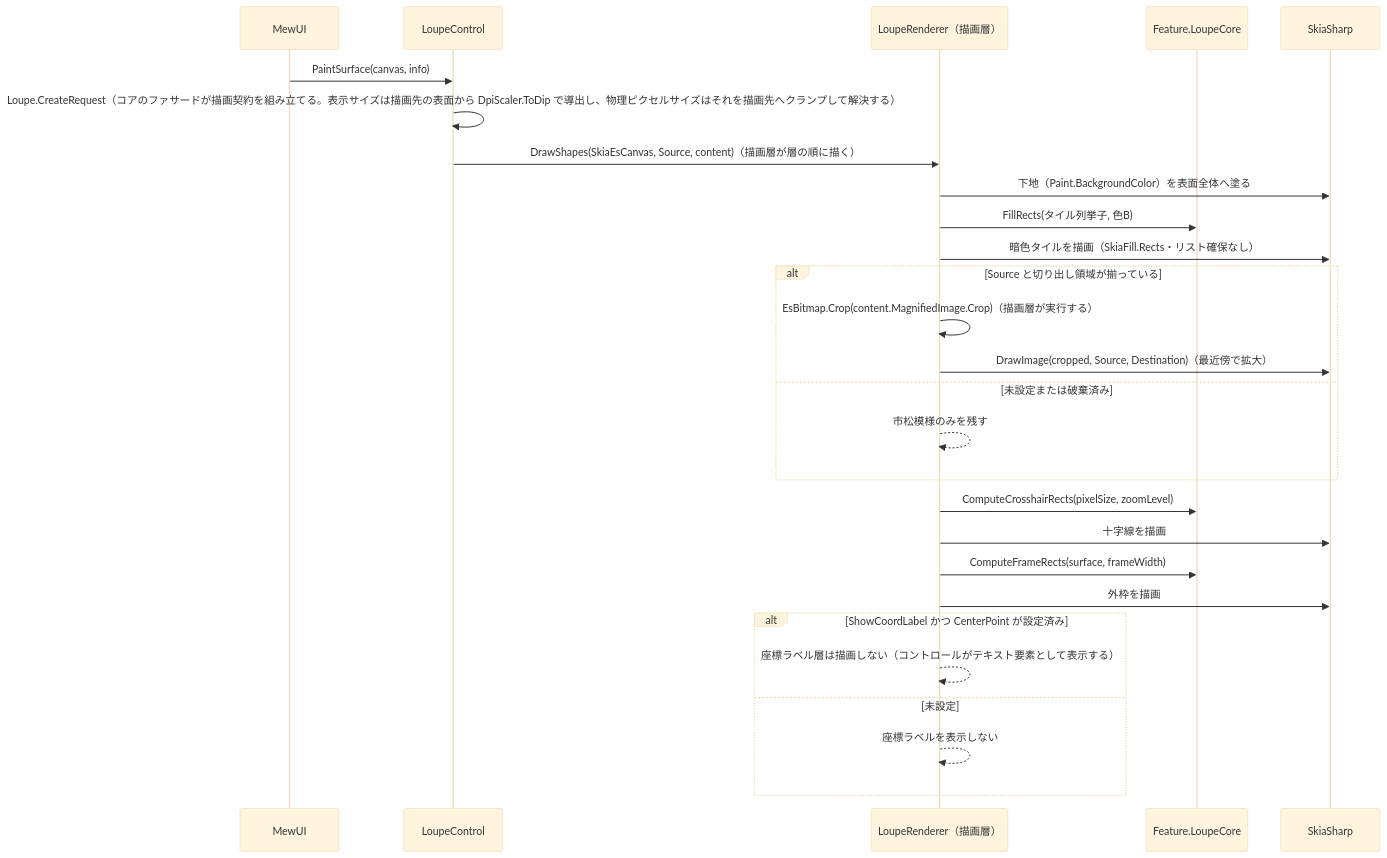
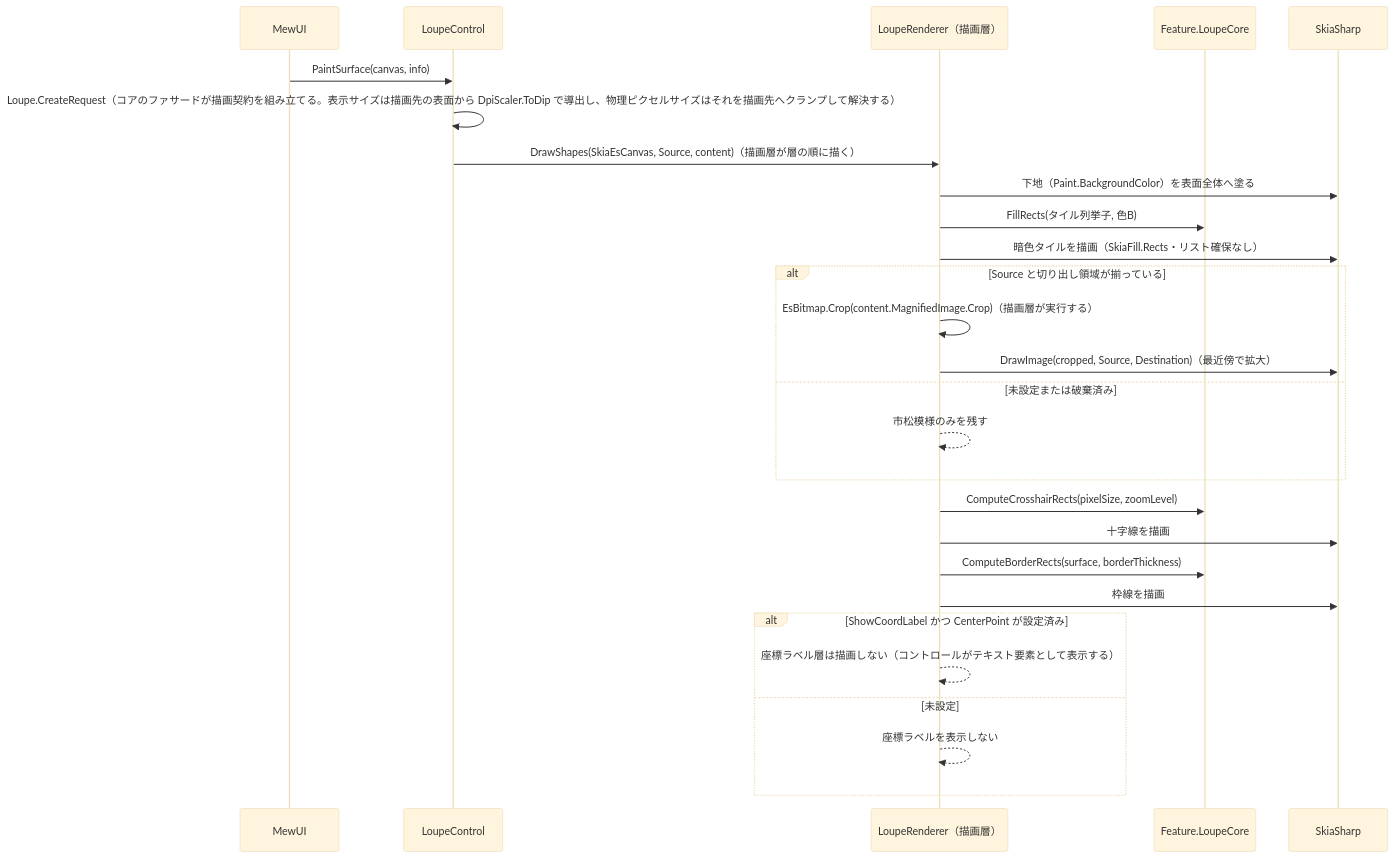
One commit to tomokuni/SaveEvidence changed the second of 2 diagrams in src/LoupeControl.MewUI/SPEC_System.md. Above: the diagram before and after it, drawn with Mermaid (base theme). The commit also changed other lines of this file and 60 other files, not shown here.

````diff
--- a/src/LoupeControl.MewUI/SPEC_System.md
+++ b/src/LoupeControl.MewUI/SPEC_System.md
@@ -186,30 +186,30 @@
 ```mermaid
 sequenceDiagram
     participant MW as MewUI
     participant LC as LoupeControl
     participant R as LoupeRenderer（描画層）
     participant C as Feature.LoupeCore
     participant SK as SkiaSharp
 
     MW->>LC: PaintSurface(canvas, info)
     LC->>LC: Loupe.CreateRequest（コアのファサードが描画契約を組み立てる。表示サイズは描画先の表面から DpiScaler.ToDip で導出し、物理ピクセルサイズはそれを描画先へクランプして解決する）
     LC->>R: DrawShapes(SkiaEsCanvas, Source, content)（描画層が層の順に描く）
     R->>SK: 下地（Paint.BackgroundColor）を表面全体へ塗る
     R->>C: FillRects(タイル列挙子, 色B)
     R->>SK: 暗色タイルを描画（SkiaFill.Rects・リスト確保なし）
     alt Source と切り出し領域が揃っている
         R->>R: EsBitmap.Crop(content.MagnifiedImage.Crop)（描画層が実行する）
         R->>SK: DrawImage(cropped, Source, Destination)（最近傍で拡大）
     else 未設定または破棄済み
         R-->>R: 市松模様のみを残す
     end
     R->>C: ComputeCrosshairRects(pixelSize, zoomLevel)
     R->>SK: 十字線を描画
-    R->>C: ComputeFrameRects(surface, frameWidth)
-    R->>SK: 外枠を描画
+    R->>C: ComputeBorderRects(surface, borderThickness)
+    R->>SK: 枠線を描画
     alt ShowCoordLabel かつ CenterPoint が設定済み
         R-->>R: 座標ラベル層は描画しない（コントロールがテキスト要素として表示する）
     else 未設定
         R-->>R: 座標ラベルを表示しない
     end
 ```
````
